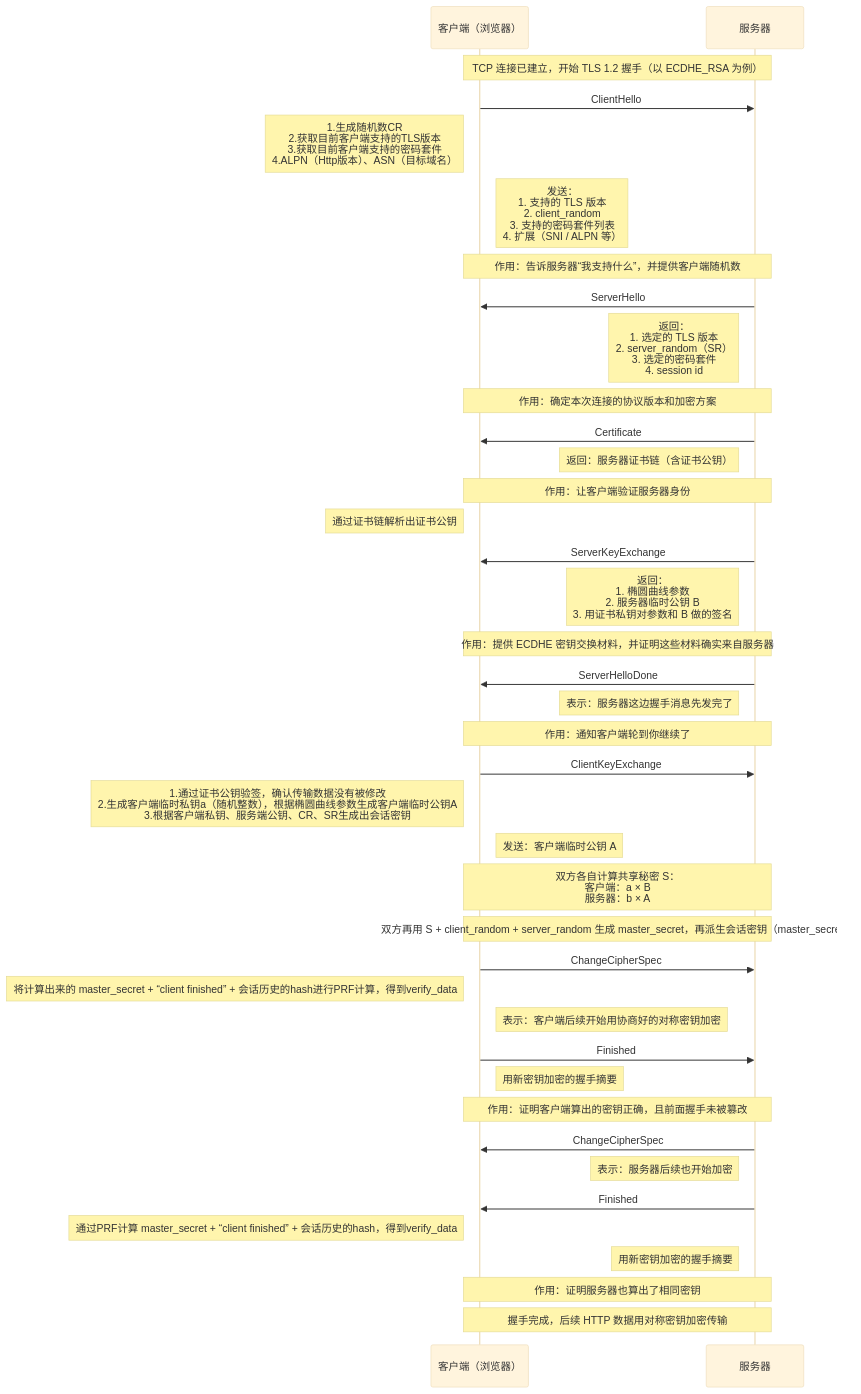
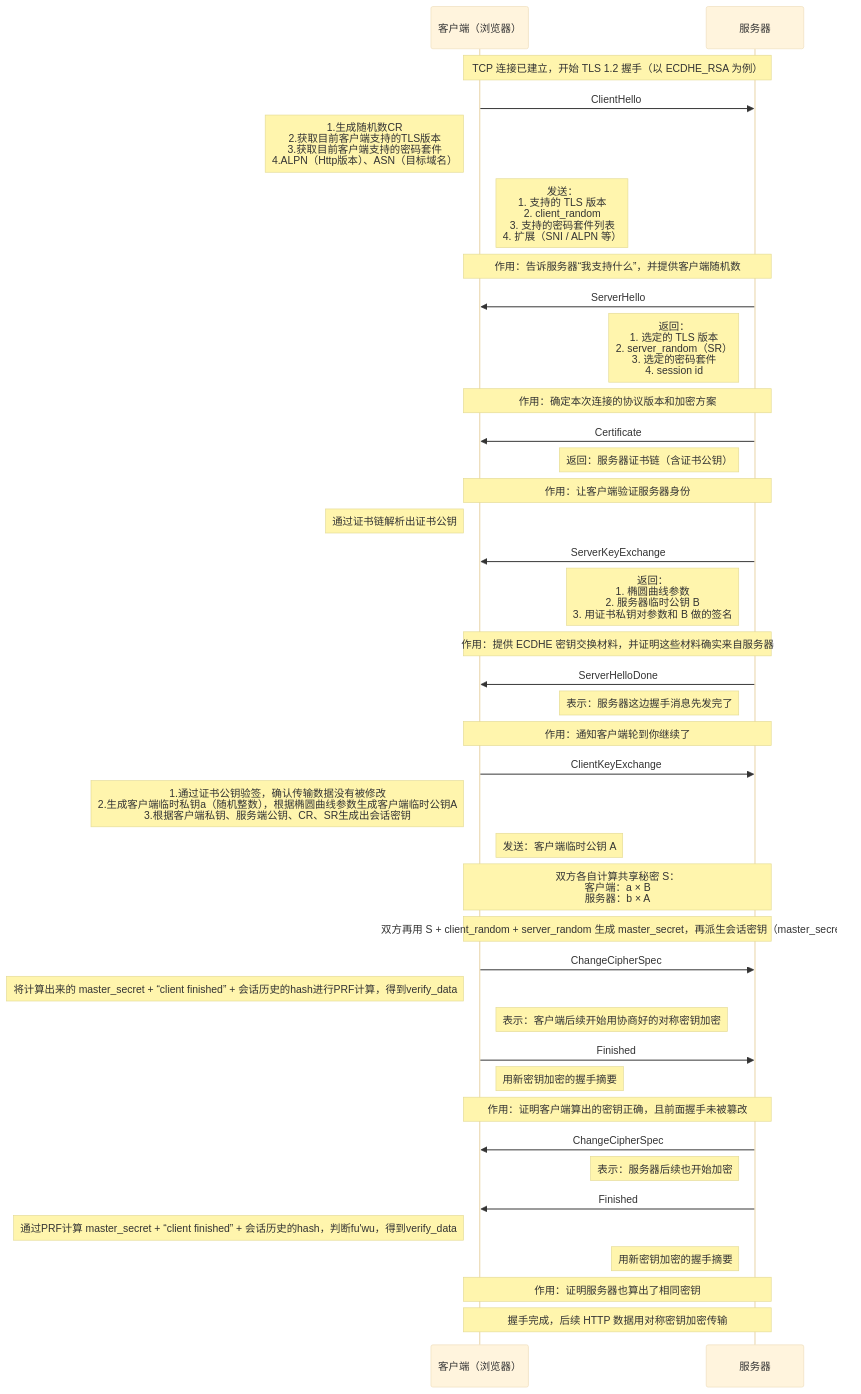
The diagram in all/TLS-1.2-ECDHE.md (HY-10-8/iodraw-files), drawn with Mermaid (base theme) before and after one commit.

Commit message:
2026-03-30 17:28:38 update

````diff
--- a/all/TLS-1.2-ECDHE.md
+++ b/all/TLS-1.2-ECDHE.md
@@ -1,54 +1,54 @@
 ```mermaid
 sequenceDiagram
     participant C as 客户端（浏览器）
     participant S as 服务器
 
     Note over C,S: TCP 连接已建立，开始 TLS 1.2 握手（以 ECDHE_RSA 为例）
 
     C->>S: ClientHello
     Note left of C: 1.生成随机数CR<br/> 2.获取目前客户端支持的TLS版本<br/> 3.获取目前客户端支持的密码套件<br/> 4.ALPN（Http版本）、ASN（目标域名）
     Note right of C: 发送：<br/>1. 支持的 TLS 版本<br/>2. client_random<br/>3. 支持的密码套件列表<br/>4. 扩展（SNI / ALPN 等）
     Note over C,S: 作用：告诉服务器“我支持什么”，并提供客户端随机数
 
     S->>C: ServerHello
     Note left of S: 返回：<br/>1. 选定的 TLS 版本<br/>2. server_random（SR）<br/>3. 选定的密码套件<br/>4. session id
     Note over C,S: 作用：确定本次连接的协议版本和加密方案
 
     S->>C: Certificate
     Note left of S: 返回：服务器证书链（含证书公钥）
     Note over C,S: 作用：让客户端验证服务器身份
     Note left of C: 通过证书链解析出证书公钥
 
     S->>C: ServerKeyExchange
     Note left of S: 返回：<br/>1. 椭圆曲线参数<br/>2. 服务器临时公钥 B<br/>3. 用证书私钥对参数和 B 做的签名
     Note over C,S: 作用：提供 ECDHE 密钥交换材料，并证明这些材料确实来自服务器
 
     S->>C: ServerHelloDone
     Note left of S: 表示：服务器这边握手消息先发完了
     Note over C,S: 作用：通知客户端轮到你继续了
 
     C->>S: ClientKeyExchange
     Note left of C: 1.通过证书公钥验签，确认传输数据没有被修改<br/> 2.生成客户端临时私钥a（随机整数），根据椭圆曲线参数生成客户端临时公钥A<br/> 3.根据客户端私钥、服务端公钥、CR、SR生成出会话密钥
     Note right of C: 发送：客户端临时公钥 A
     Note over C,S: 双方各自计算共享秘密 S：<br/>客户端：a × B<br/>服务器：b × A
 
     Note over C,S: 双方再用 S + client_random + server_random 生成 master_secret，再派生会话密钥（master_secret）
 
     C->>S: ChangeCipherSpec
     Note left of C: 将计算出来的 master_secret + “client finished” + 会话历史的hash进行PRF计算，得到verify_data
     Note right of C: 表示：客户端后续开始用协商好的对称密钥加密
 
     C->>S: Finished
     Note right of C: 用新密钥加密的握手摘要
     Note over C,S: 作用：证明客户端算出的密钥正确，且前面握手未被篡改
 
     S->>C: ChangeCipherSpec
     Note left of S: 表示：服务器后续也开始加密
 
     S->>C: Finished
-    Note left of C: 通过PRF计算 master_secret + “client finished” + 会话历史的hash，得到verify_data
+    Note left of C: 通过PRF计算 master_secret + “client finished” + 会话历史的hash，判断fu'wu，得到verify_data
     Note left of S: 用新密钥加密的握手摘要
     Note over C,S: 作用：证明服务器也算出了相同密钥
 
     Note over C,S: 握手完成，后续 HTTP 数据用对称密钥加密传输
 ```
````
